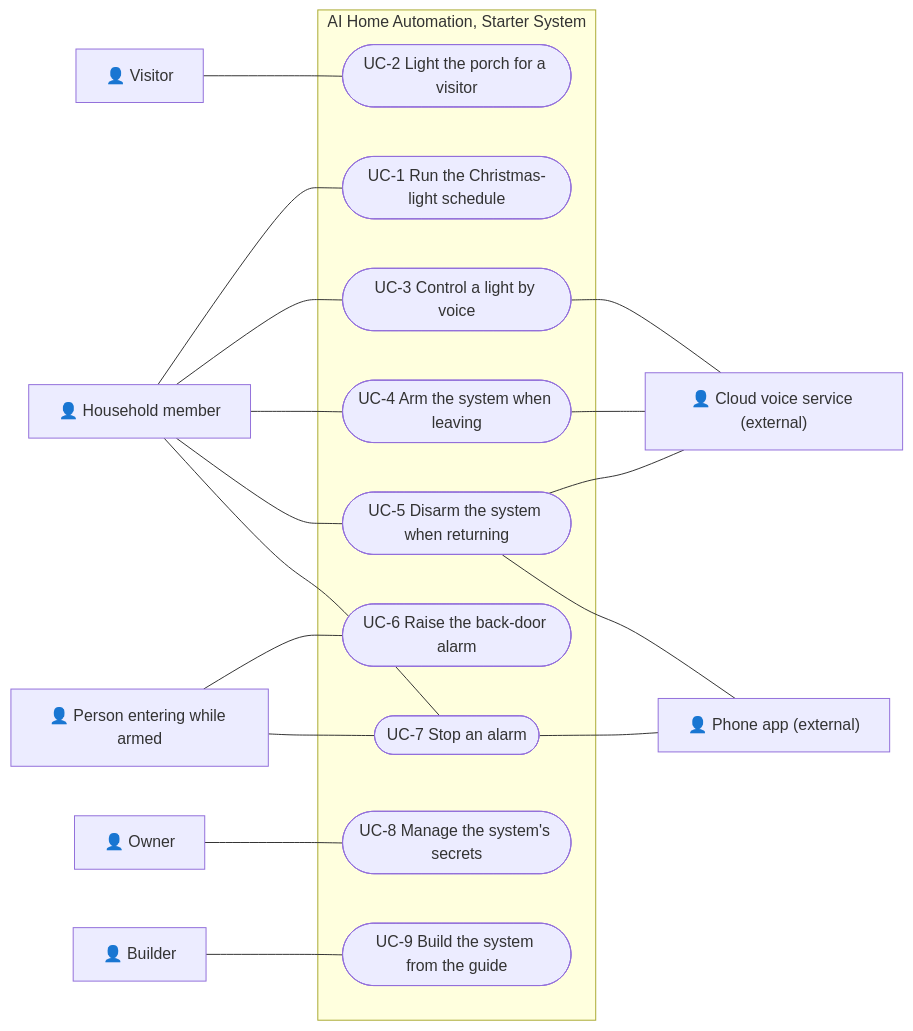
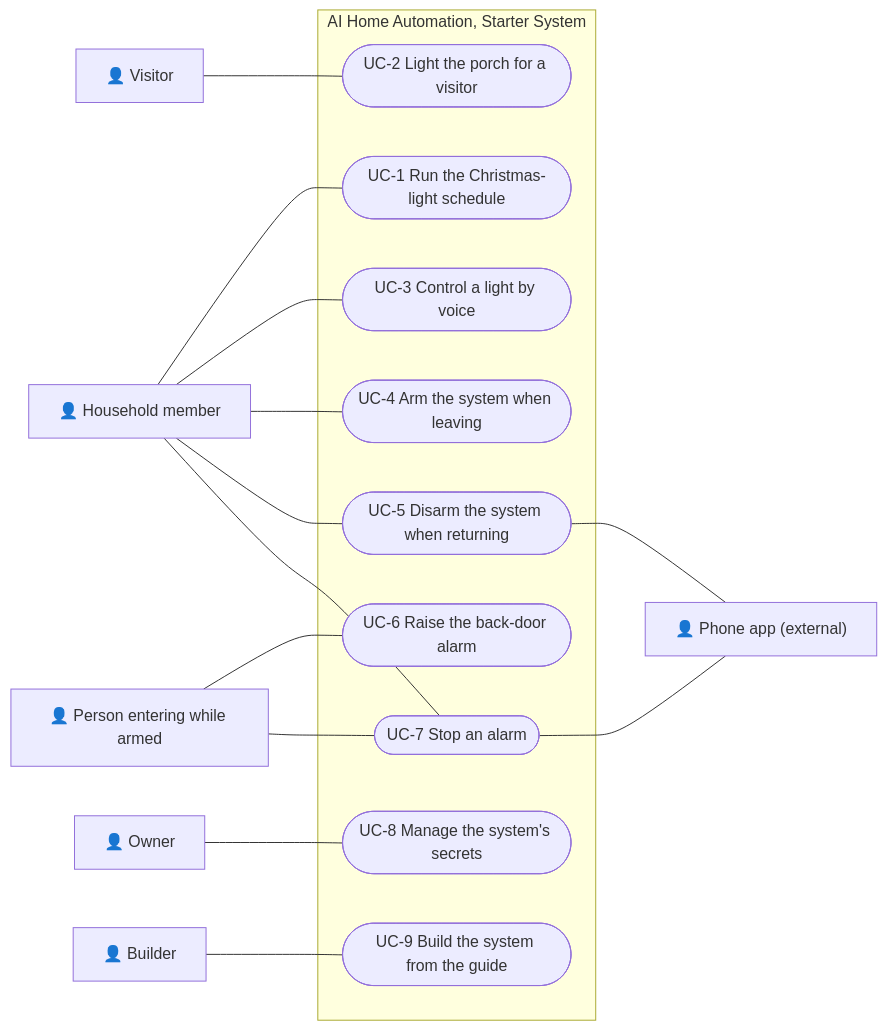
The diagram in docs/d03-01-prd.md (b0ts/ai_home_automation), drawn with Mermaid before and after one commit. The commit also changed other lines of this file, not shown here.

````diff
--- a/docs/d03-01-prd.md
+++ b/docs/d03-01-prd.md
@@ -49,36 +48,32 @@
 ```mermaid
 flowchart LR
     HM["👤 Household member"]
     BU["👤 Builder"]
     OW["👤 Owner"]
     VI["👤 Visitor"]
     PE["👤 Person entering while armed"]
     PA["👤 Phone app (external)"]
-    CV["👤 Cloud voice service (external)"]
     subgraph System["AI Home Automation, Starter System"]
         UC1(["UC-1 Run the Christmas-light schedule"])
         UC2(["UC-2 Light the porch for a visitor"])
         UC3(["UC-3 Control a light by voice"])
         UC4(["UC-4 Arm the system when leaving"])
         UC5(["UC-5 Disarm the system when returning"])
         UC6(["UC-6 Raise the back-door alarm"])
         UC7(["UC-7 Stop an alarm"])
         UC8(["UC-8 Manage the system's secrets"])
         UC9(["UC-9 Build the system from the guide"])
     end
     HM --- UC1
     VI --- UC2
     HM --- UC3
     HM --- UC4
     HM --- UC5
     HM --- UC7
     PE --- UC6
     PE --- UC7
     OW --- UC8
     BU --- UC9
-    UC3 --- CV
-    UC4 --- CV
-    UC5 --- CV
     UC5 --- PA
     UC7 --- PA
 ```
````
